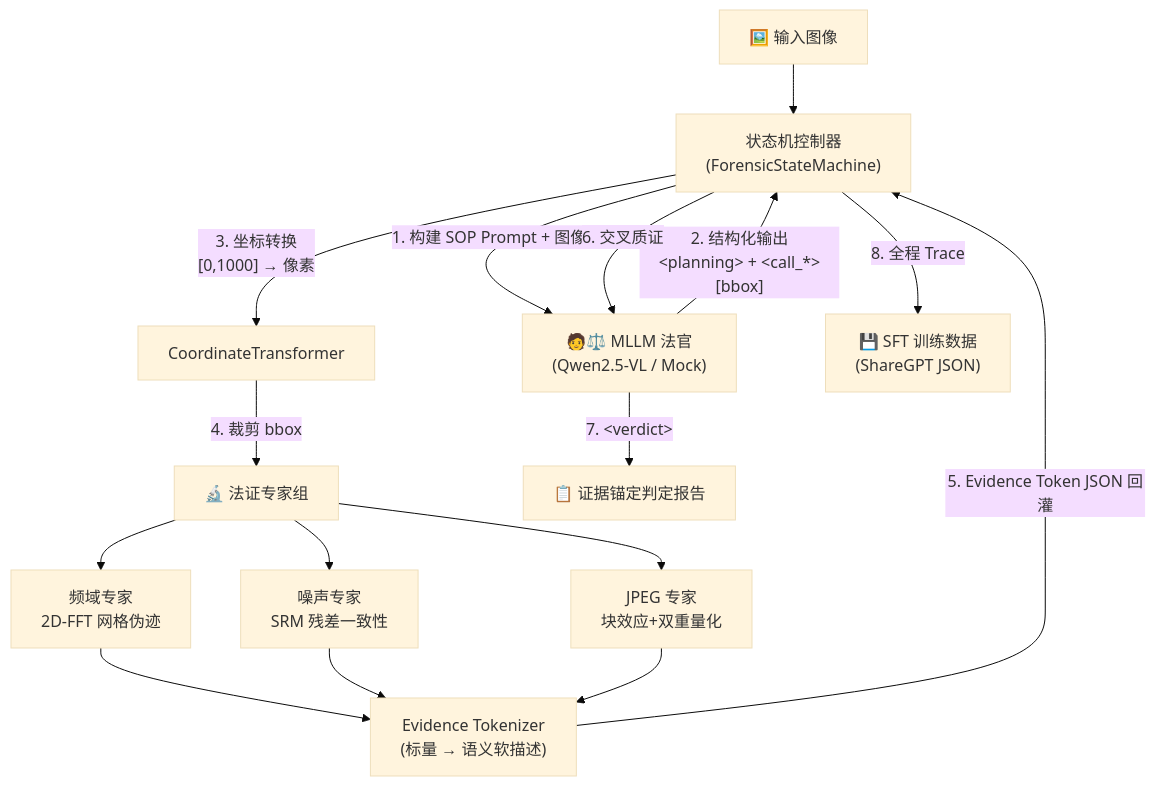
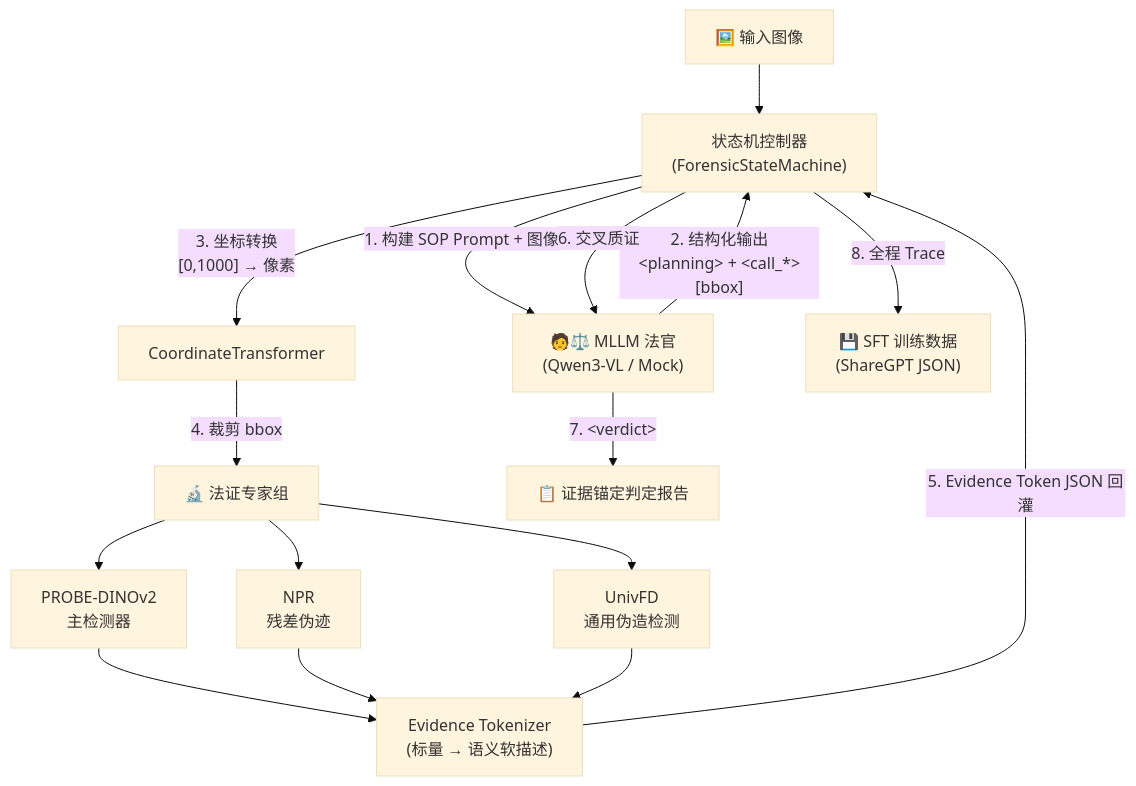
The first of 2 diagrams in README.md (nexipher/innovation_project), drawn with Mermaid (base theme) before and after one commit. The commit also changed other lines of this file and 4 other files, not shown here.

````diff
--- a/README.md
+++ b/README.md
@@ -117,22 +132,22 @@
 ```mermaid
 flowchart TB
     IMG["🖼️ 输入图像"] --> FSM["状态机控制器<br/>(ForensicStateMachine)"]
 
-    FSM -->|"1. 构建 SOP Prompt + 图像"| MLLM["🧑⚖️ MLLM 法官<br/>(Qwen2.5-VL / Mock)"]
+    FSM -->|"1. 构建 SOP Prompt + 图像"| MLLM["🧑⚖️ MLLM 法官<br/>(Qwen3-VL / Mock)"]
     MLLM -->|"2. 结构化输出<br/>&lt;planning&gt; + &lt;call_*&gt;[bbox]"| FSM
     FSM -->|"3. 坐标转换<br/>[0,1000] → 像素"| CT["CoordinateTransformer"]
     CT -->|"4. 裁剪 bbox"| EXP["🔬 法证专家组"]
 
-    EXP --> E1["频域专家<br/>2D-FFT 网格伪迹"]
-    EXP --> E2["噪声专家<br/>SRM 残差一致性"]
-    EXP --> E3["JPEG 专家<br/>块效应+双重量化"]
+    EXP --> E1["PROBE-DINOv2<br/>主检测器"]
+    EXP --> E2["NPR<br/>残差伪迹"]
+    EXP --> E3["UnivFD<br/>通用伪造检测"]
 
     E1 --> TOK["Evidence Tokenizer<br/>(标量 → 语义软描述)"]
     E2 --> TOK
     E3 --> TOK
     TOK -->|"5. Evidence Token JSON 回灌"| FSM
     FSM -->|"6. 交叉质证"| MLLM
 
     MLLM -->|"7. &lt;verdict&gt;"| OUT["📋 证据锚定判定报告"]
     FSM -->|"8. 全程 Trace"| SFT["💾 SFT 训练数据<br/>(ShareGPT JSON)"]
 ```
````
